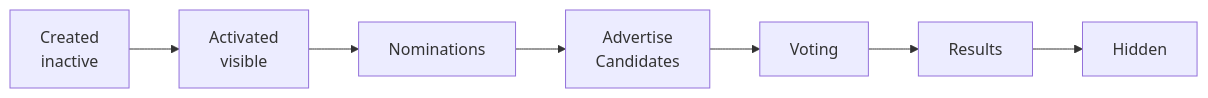
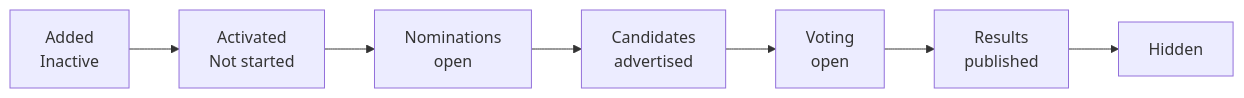
Before and after one commit to agileware/au.com.agileware.elections: the diagram in docs/index.md, drawn with Mermaid. The commit also changed other lines of this file and 198 other files, not shown here.

````diff
--- a/docs/index.md
+++ b/docs/index.md
@@ -50,4 +51,4 @@
 ```mermaid
 flowchart LR
-    A["Created<br/>inactive"] --> B["Activated<br/>visible"] --> C["Nominations"] --> D["Advertise<br/>Candidates"] --> E["Voting"] --> F["Results"] --> G["Hidden"]
+    A["Added<br/>Inactive"] --> B["Activated<br/>Not started"] --> C["Nominations<br/>open"] --> D["Candidates<br/>advertised"] --> E["Voting<br/>open"] --> F["Results<br/>published"] --> G["Hidden"]
 ```
````
